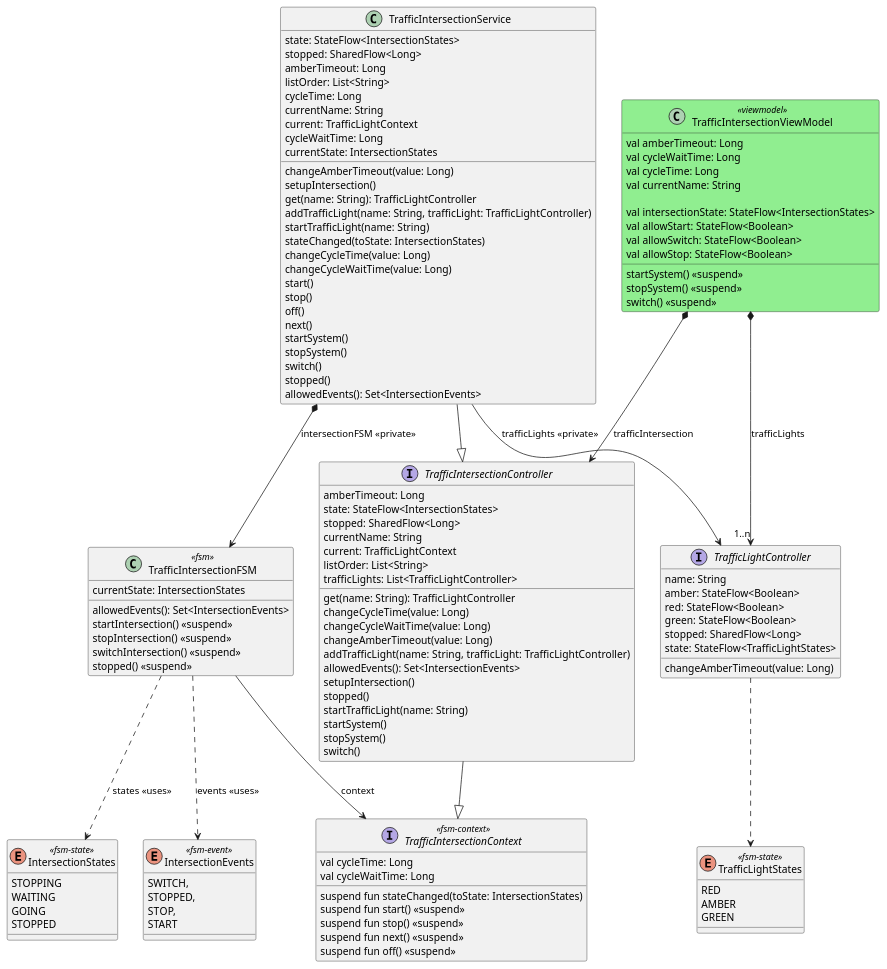
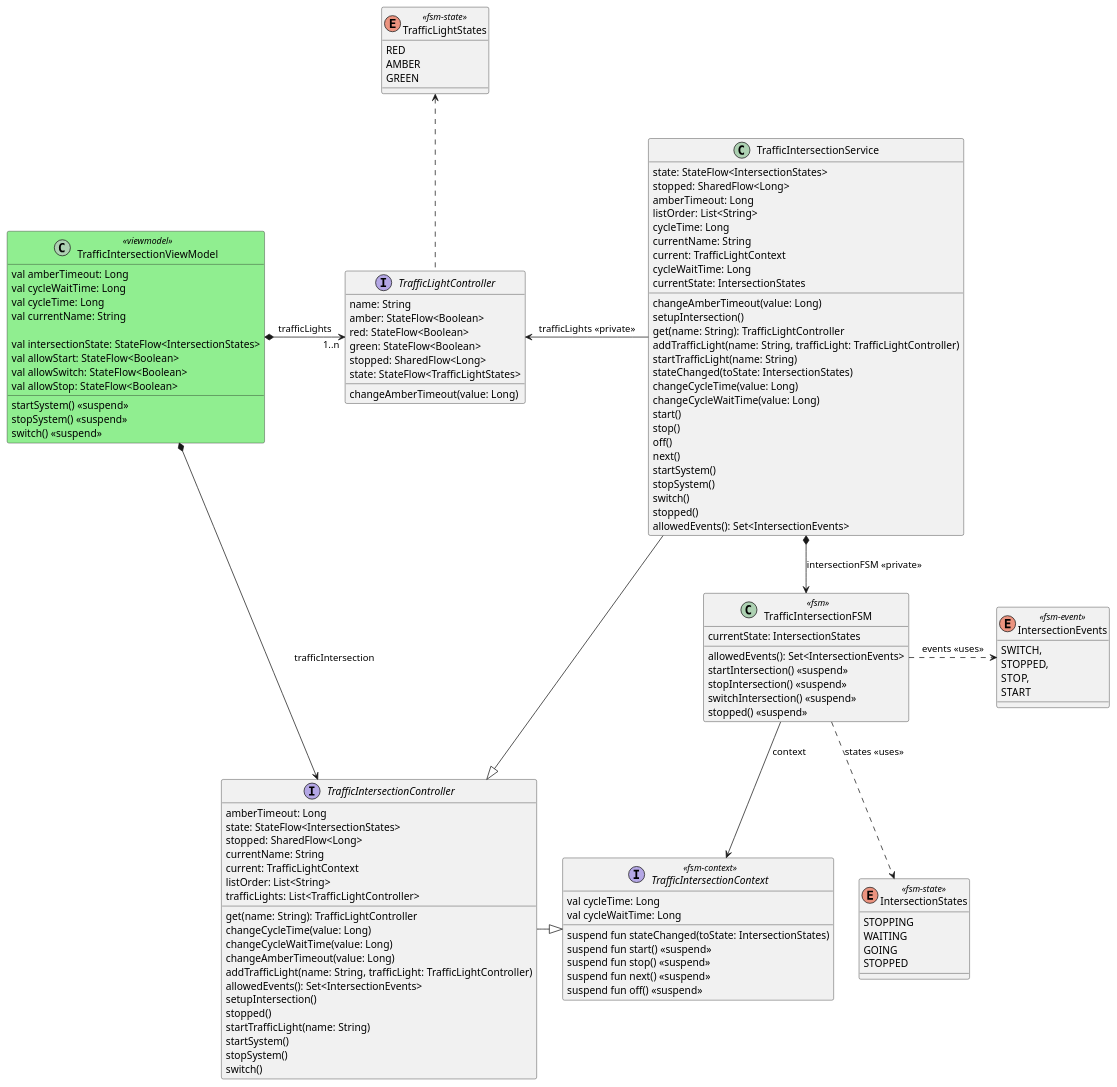
The diagram in models/traffic-intersection-model.puml (open-jumpco/kfsm-mpp-compose-traffic), drawn with PlantUML before and after one commit. The commit also changed 4 other files, not shown here.

```diff
--- a/models/traffic-intersection-model.puml
+++ b/models/traffic-intersection-model.puml
@@ -1,134 +1,134 @@
 @startuml
 
 enum TrafficLightStates <<fsm-state>> {
     RED
     AMBER
     GREEN
 }
 
 interface TrafficLightController {
     name: String
     amber: StateFlow<Boolean>
     red: StateFlow<Boolean>
     green: StateFlow<Boolean>
     stopped: SharedFlow<Long>
     state: StateFlow<TrafficLightStates>
     changeAmberTimeout(value: Long)
 }
 
-TrafficLightController ..> TrafficLightStates
+TrafficLightController .up.> TrafficLightStates
 
 enum IntersectionStates <<fsm-state>> {
     STOPPING
     WAITING
     GOING
     STOPPED
 }
 
 enum IntersectionEvents <<fsm-event>> {
     SWITCH,
     STOPPED,
     STOP,
     START
 }
 
 interface TrafficIntersectionContext <<fsm-context>> {
     val cycleTime: Long
     val cycleWaitTime: Long
     suspend fun stateChanged(toState: IntersectionStates)
     suspend fun start() <<suspend>>
     suspend fun stop() <<suspend>>
     suspend fun next() <<suspend>>
     suspend fun off() <<suspend>>
 }
 
 class TrafficIntersectionFSM <<fsm>> {
     currentState: IntersectionStates
     allowedEvents(): Set<IntersectionEvents>
     startIntersection() <<suspend>>
     stopIntersection() <<suspend>>
     switchIntersection() <<suspend>>
     stopped() <<suspend>>
 }
 
 TrafficIntersectionFSM --> TrafficIntersectionContext: context
-TrafficIntersectionFSM ..> IntersectionEvents: events <<uses>>
+TrafficIntersectionFSM .right.> IntersectionEvents: events <<uses>>
 TrafficIntersectionFSM ..> IntersectionStates: states <<uses>>
 
 interface TrafficIntersectionController {
     amberTimeout: Long
     state: StateFlow<IntersectionStates>
     stopped: SharedFlow<Long>
     currentName: String
     current: TrafficLightContext
     listOrder: List<String>
     trafficLights: List<TrafficLightController>
     get(name: String): TrafficLightController
     changeCycleTime(value: Long)
     changeCycleWaitTime(value: Long)
     changeAmberTimeout(value: Long)
     addTrafficLight(name: String, trafficLight: TrafficLightController)
     allowedEvents(): Set<IntersectionEvents>
     setupIntersection()
     stopped()
     startTrafficLight(name: String)
     startSystem()
     stopSystem()
     switch()
 }
 
-TrafficIntersectionController -|> TrafficIntersectionContext
+TrafficIntersectionController -right-|> TrafficIntersectionContext
 
 class TrafficIntersectionService {
     state: StateFlow<IntersectionStates>
     stopped: SharedFlow<Long>
     amberTimeout: Long
     changeAmberTimeout(value: Long)
     setupIntersection()
     listOrder: List<String>
     cycleTime: Long
         currentName: String
         current: TrafficLightContext
         cycleWaitTime: Long
         currentState: IntersectionStates
     get(name: String): TrafficLightController
     addTrafficLight(name: String, trafficLight: TrafficLightController)
     startTrafficLight(name: String)
     stateChanged(toState: IntersectionStates)
     changeCycleTime(value: Long)
     changeCycleWaitTime(value: Long)
     start()
     stop()
     off()
     next()
     startSystem()
     stopSystem()
     switch()
     stopped()
     allowedEvents(): Set<IntersectionEvents>
 }
 
 TrafficIntersectionService --|> TrafficIntersectionController
 TrafficIntersectionService *--> TrafficIntersectionFSM: intersectionFSM <<private>>
-TrafficIntersectionService --> TrafficLightController: trafficLights <<private>>
+TrafficIntersectionService -left-> TrafficLightController: trafficLights <<private>>
 
 class TrafficIntersectionViewModel <<viewmodel>> #lightgreen {
     val amberTimeout: Long
     val cycleWaitTime: Long
     val cycleTime: Long
     val currentName: String
 
     val intersectionState: StateFlow<IntersectionStates>
     val allowStart: StateFlow<Boolean>
     val allowSwitch: StateFlow<Boolean>
     val allowStop: StateFlow<Boolean>
 
     startSystem() <<suspend>>
     stopSystem() <<suspend>>
     switch() <<suspend>>
 }
 
-TrafficIntersectionViewModel *--> "1..n" TrafficLightController: trafficLights
-TrafficIntersectionViewModel *--> TrafficIntersectionController: trafficIntersection
+TrafficIntersectionViewModel *-right-> "1..n" TrafficLightController: trafficLights
+TrafficIntersectionViewModel *---> TrafficIntersectionController: trafficIntersection
 
 @enduml
```
